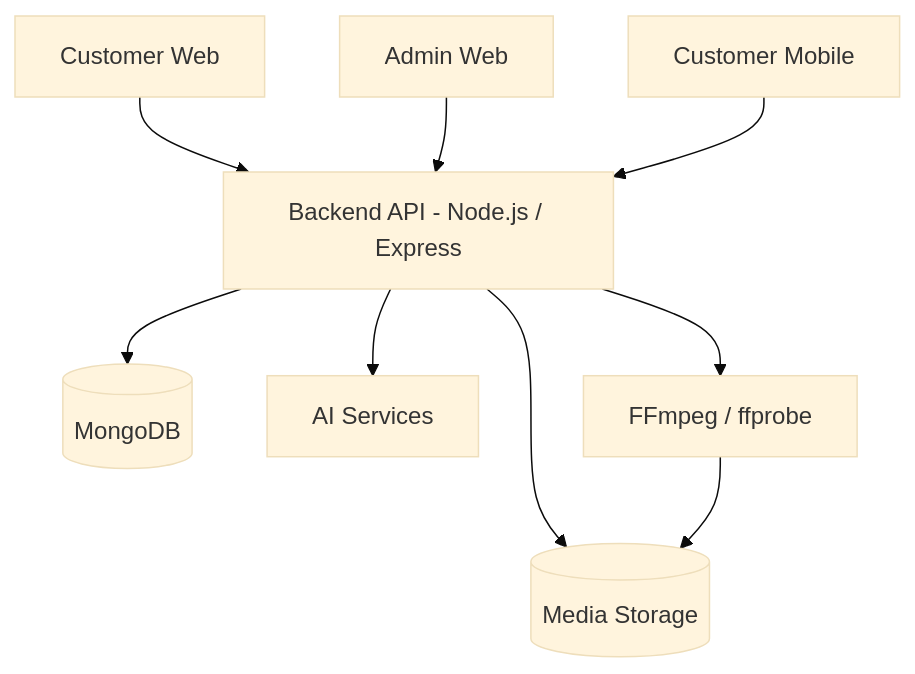
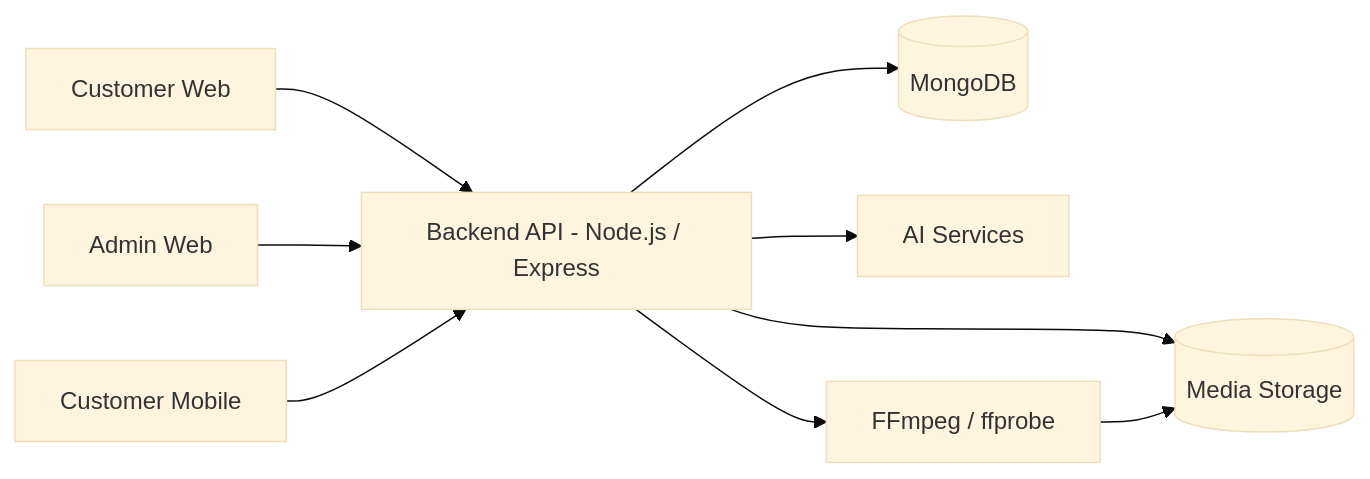
One commit to aminhtoan/Thuyet-Minh-Tu-Dong-AI changed the first of 2 diagrams in README.md. Above: the diagram before and after it, drawn with Mermaid (base theme). The commit also changed other lines of this file, not shown here.

````diff
--- a/README.md
+++ b/README.md
@@ -105,23 +50,11 @@
 ```mermaid
-flowchart TD
-    CW["Customer Web"]
-    AW["Admin Web"]
-    CM["Customer Mobile"]
-
-    API["Backend API - Node.js / Express"]
-
-    DB[("MongoDB")]
-    AI["AI Services"]
-    FF["FFmpeg / ffprobe"]
-    FS[("Media Storage")]
-
-    CW --> API
-    AW --> API
-    CM --> API
-
-    API --> DB
-    API --> AI
-    API --> FF
-    API --> FS
+flowchart LR
+    CW["Customer Web"] --> API["Backend API - Node.js / Express"]
+    AW["Admin Web"] --> API
+    CM["Customer Mobile"] --> API
+    API --> DB[("MongoDB")]
+    API --> AI["AI Services"]
+    API --> FF["FFmpeg / ffprobe"]
+    API --> FS[("Media Storage")]
     FF --> FS
 ```
````
